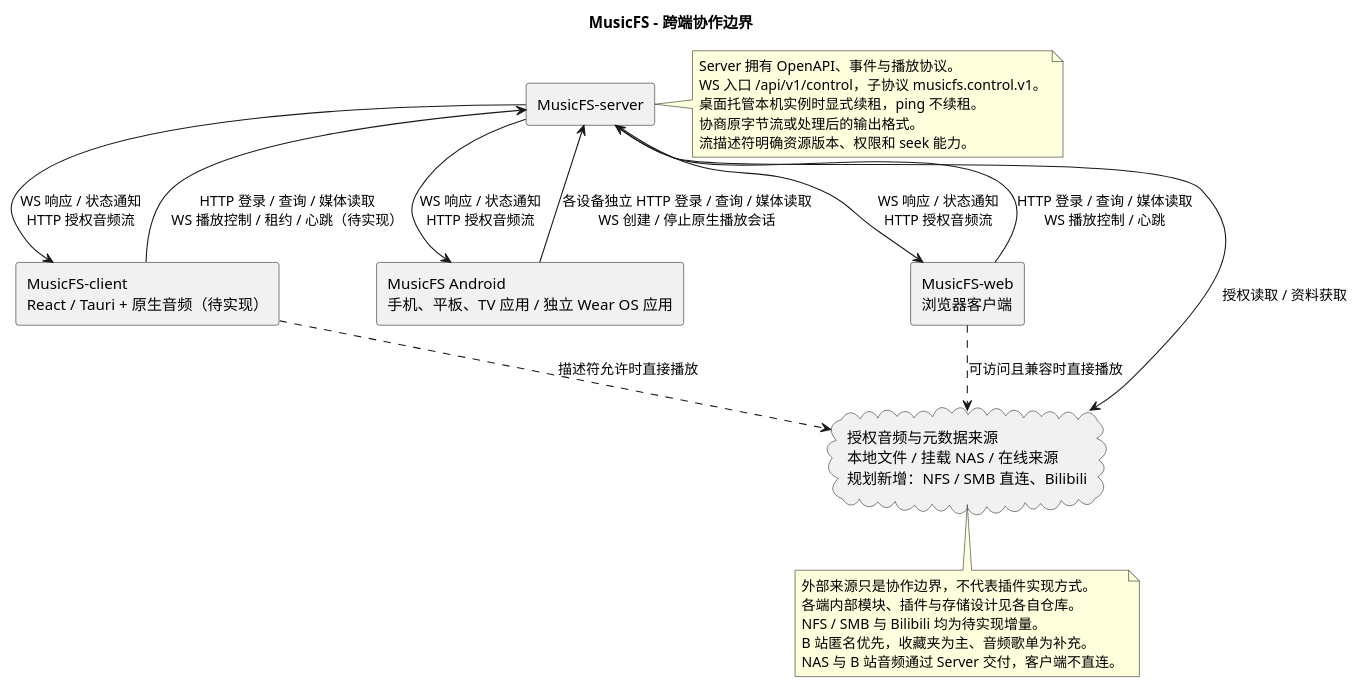
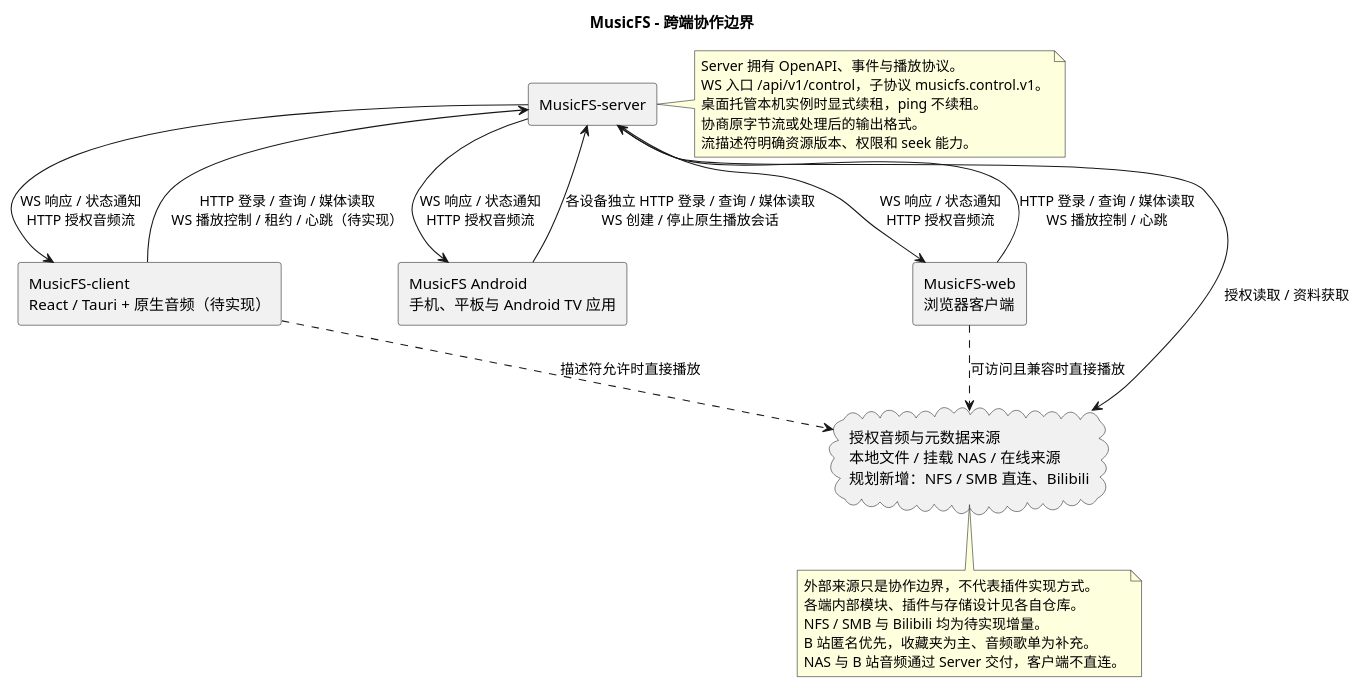
Before and after one commit to fnMrRice/MusicFS: the diagram in docs/diagrams/components.puml, drawn with PlantUML. The commit also changed 4 other files, not shown here.

Commit message:
chore(android): update architecture after retiring Wear OS

```diff
--- a/docs/diagrams/components.puml
+++ b/docs/diagrams/components.puml
@@ -1,37 +1,37 @@
 @startuml
 title MusicFS - 跨端协作边界
 top to bottom direction
 skinparam componentStyle rectangle
 
 component "MusicFS-client\nReact / Tauri + 原生音频（待实现）" as Client
-component "MusicFS Android\n手机、平板、TV 应用 / 独立 Wear OS 应用" as Android
+component "MusicFS Android\n手机、平板与 Android TV 应用" as Android
 component "MusicFS-web\n浏览器客户端" as Web
 component "MusicFS-server" as Server
 cloud "授权音频与元数据来源\n本地文件 / 挂载 NAS / 在线来源\n规划新增：NFS / SMB 直连、Bilibili" as Sources
 
 Client --> Server : HTTP 登录 / 查询 / 媒体读取\nWS 播放控制 / 租约 / 心跳（待实现）
 Android --> Server : 各设备独立 HTTP 登录 / 查询 / 媒体读取\nWS 创建 / 停止原生播放会话
 Web --> Server : HTTP 登录 / 查询 / 媒体读取\nWS 播放控制 / 心跳
 Server --> Client : WS 响应 / 状态通知\nHTTP 授权音频流
 Server --> Android : WS 响应 / 状态通知\nHTTP 授权音频流
 Server --> Web : WS 响应 / 状态通知\nHTTP 授权音频流
 Server --> Sources : 授权读取 / 资料获取
 Client ..> Sources : 描述符允许时直接播放
 Web ..> Sources : 可访问且兼容时直接播放
 
 note right of Server
   Server 拥有 OpenAPI、事件与播放协议。
   WS 入口 /api/v1/control，子协议 musicfs.control.v1。
   桌面托管本机实例时显式续租，ping 不续租。
   协商原字节流或处理后的输出格式。
   流描述符明确资源版本、权限和 seek 能力。
 end note
 
 note bottom of Sources
   外部来源只是协作边界，不代表插件实现方式。
   各端内部模块、插件与存储设计见各自仓库。
   NFS / SMB 与 Bilibili 均为待实现增量。
   B 站匿名优先，收藏夹为主、音频歌单为补充。
   NAS 与 B 站音频通过 Server 交付，客户端不直连。
 end note
 @enduml
```
